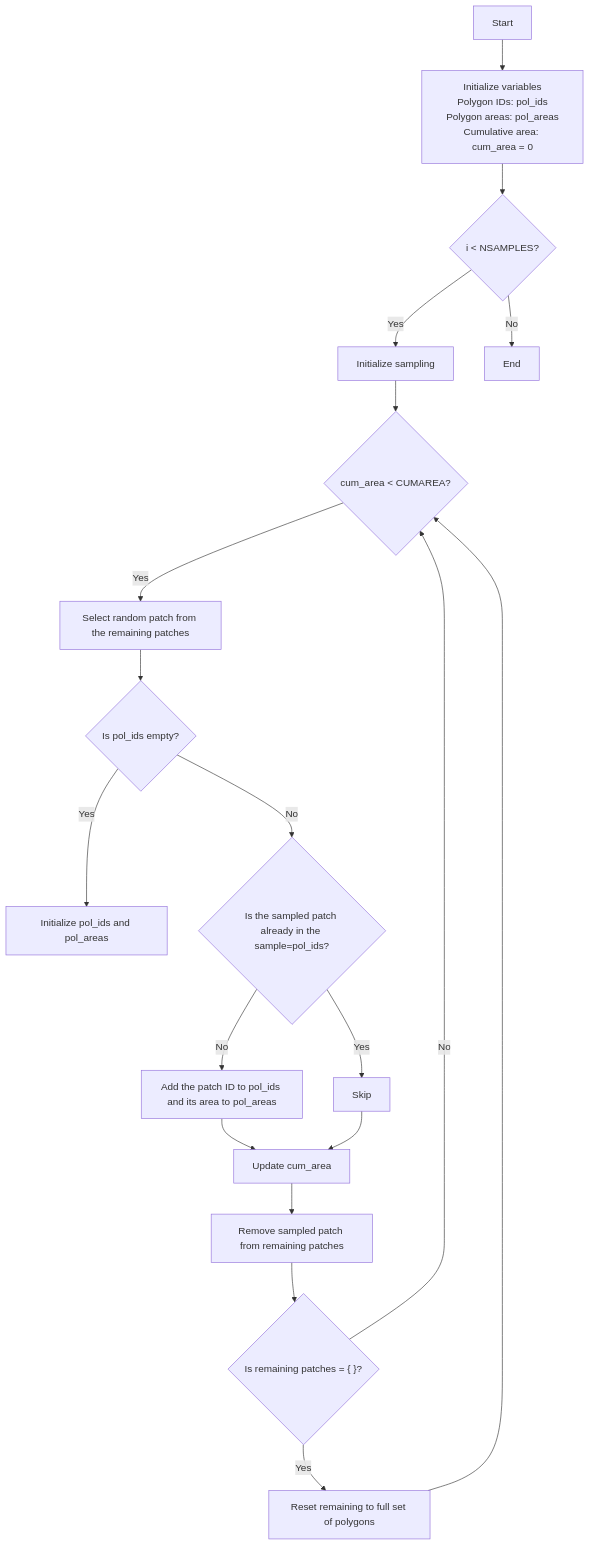
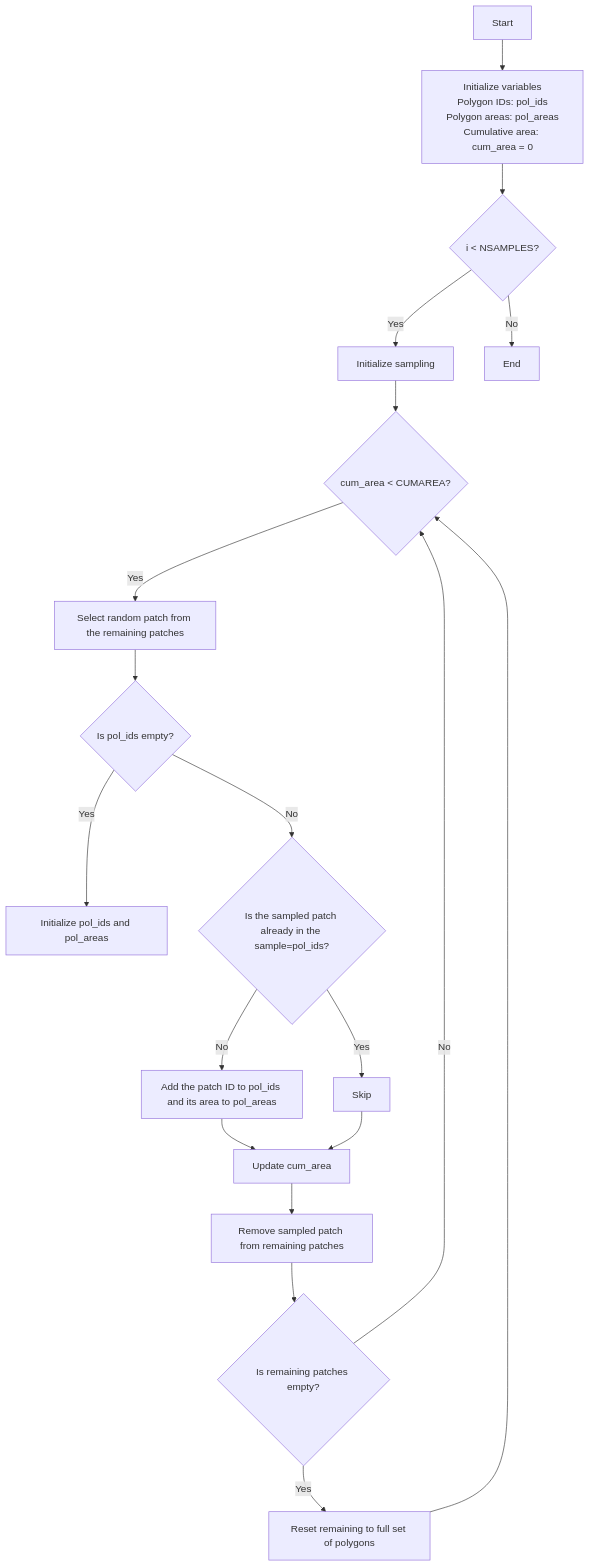
Before and after one commit to ManuelPopp/ZHConnect: the second of 2 diagrams in README.md, drawn with Mermaid.

````diff
--- a/README.md
+++ b/README.md
@@ -41,21 +41,21 @@
 ```mermaid
 flowchart TD
   A[Start] --> B[Initialize variables<br>Polygon IDs: pol_ids<br>Polygon areas: pol_areas<br>Cumulative area: cum_area = 0]
   B --> C{i < NSAMPLES?}
   C -- Yes --> D[Initialize sampling]
   D --> E{cum_area < CUMAREA?}
   E -- Yes --> F[Select random patch from the remaining patches]
   F --> G{Is pol_ids empty?}
   G -- Yes --> I[Initialize pol_ids and pol_areas]
   G -- No --> H{Is the sampled patch already in the sample=pol_ids?}
   H -- No --> J[Add the patch ID to pol_ids and its area to pol_areas]
   H -- Yes --> K[Skip]
   J --> L[Update cum_area]
   K --> L
   L --> M[Remove sampled patch from remaining patches]
-  M --> N{Is remaining patches = &#123 &#125?}
+  M --> N{Is remaining patches empty?}
   N -- Yes --> O[Reset remaining to full set of polygons]
   N -- No --> E
   O --> E
   C -- No --> P[End]
 ```
````
